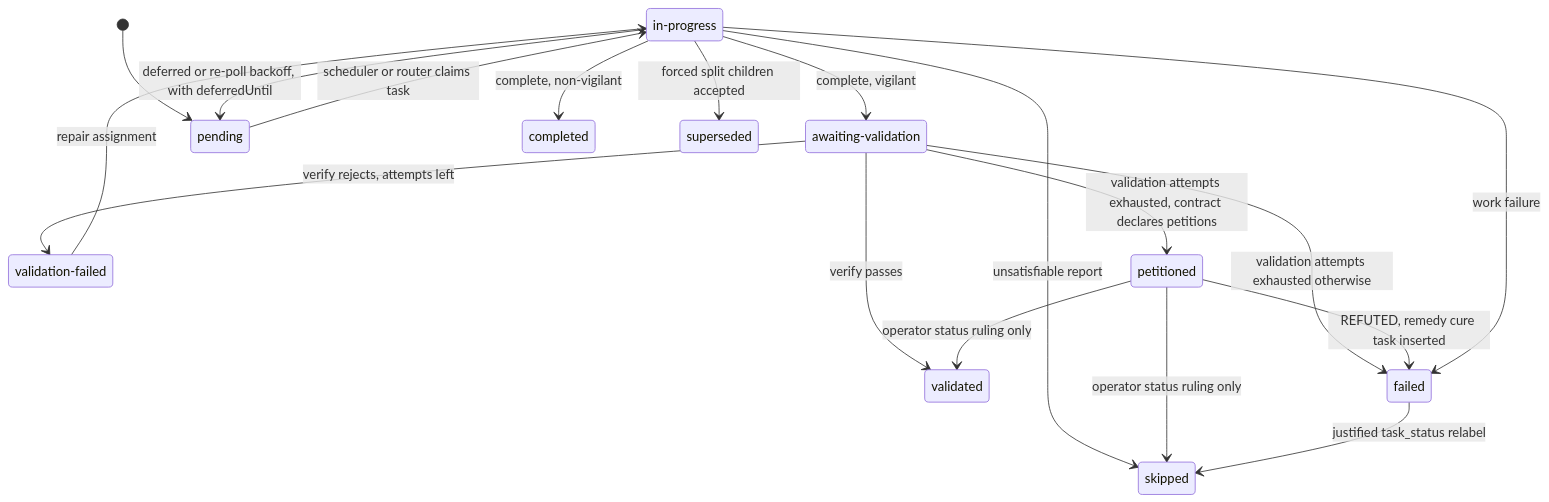
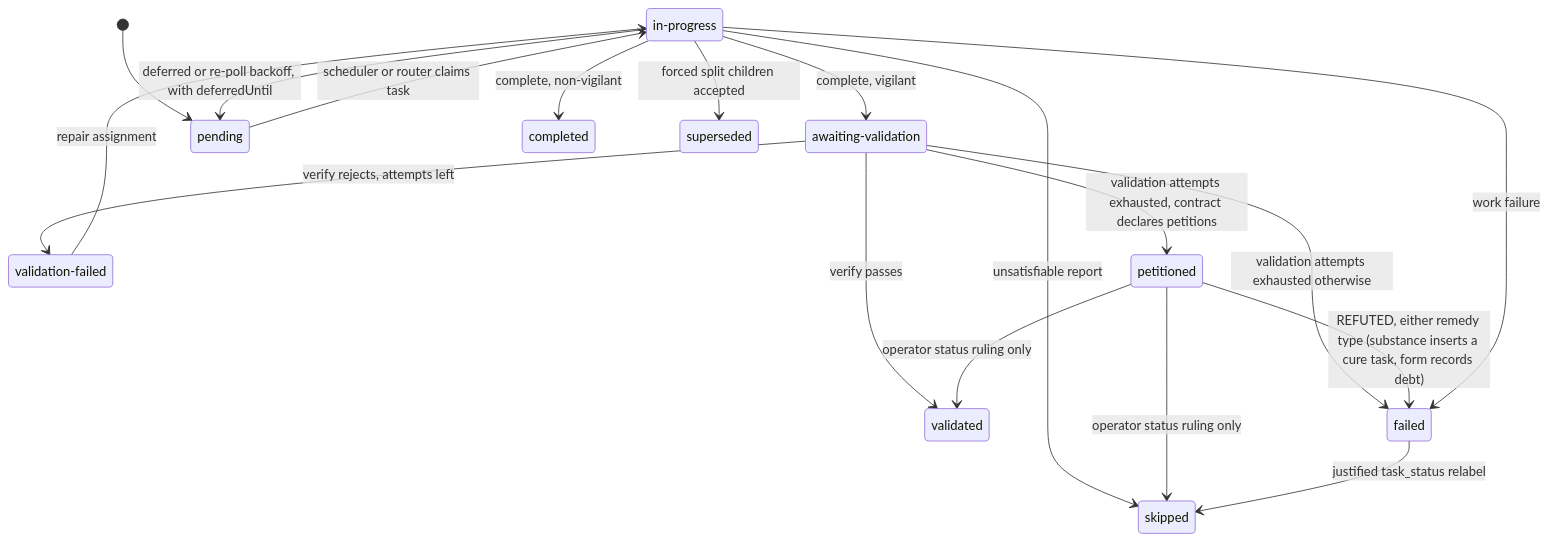
One commit to n-orlov/ralphd changed the fourth of 10 diagrams in docs/solution-tech-spec.md. Above: the diagram before and after it, drawn with Mermaid. The commit also changed other lines of this file and 3 other files, not shown here.

````diff
--- a/docs/solution-tech-spec.md
+++ b/docs/solution-tech-spec.md
@@ -593,23 +594,23 @@
 ```mermaid
 stateDiagram-v2
     state "in-progress" as active
     state "awaiting-validation" as awaiting
     state "validation-failed" as validationFailed
     [*] --> pending
     pending --> active: scheduler or router claims task
     active --> completed: complete, non-vigilant
     active --> awaiting: complete, vigilant
     awaiting --> validated: verify passes
     awaiting --> validationFailed: verify rejects, attempts left
     validationFailed --> active: repair assignment
     awaiting --> petitioned: validation attempts exhausted, contract declares petitions
     awaiting --> failed: validation attempts exhausted otherwise
     active --> pending: deferred or re-poll backoff, with deferredUntil
     active --> superseded: forced split children accepted
     active --> skipped: unsatisfiable report
-    petitioned --> failed: REFUTED, remedy cure task inserted
+    petitioned --> failed: REFUTED, either remedy type (substance inserts a cure task, form records debt)
     petitioned --> validated: operator status ruling only
     petitioned --> skipped: operator status ruling only
     active --> failed: work failure
     failed --> skipped: justified task_status relabel
 ```
````
